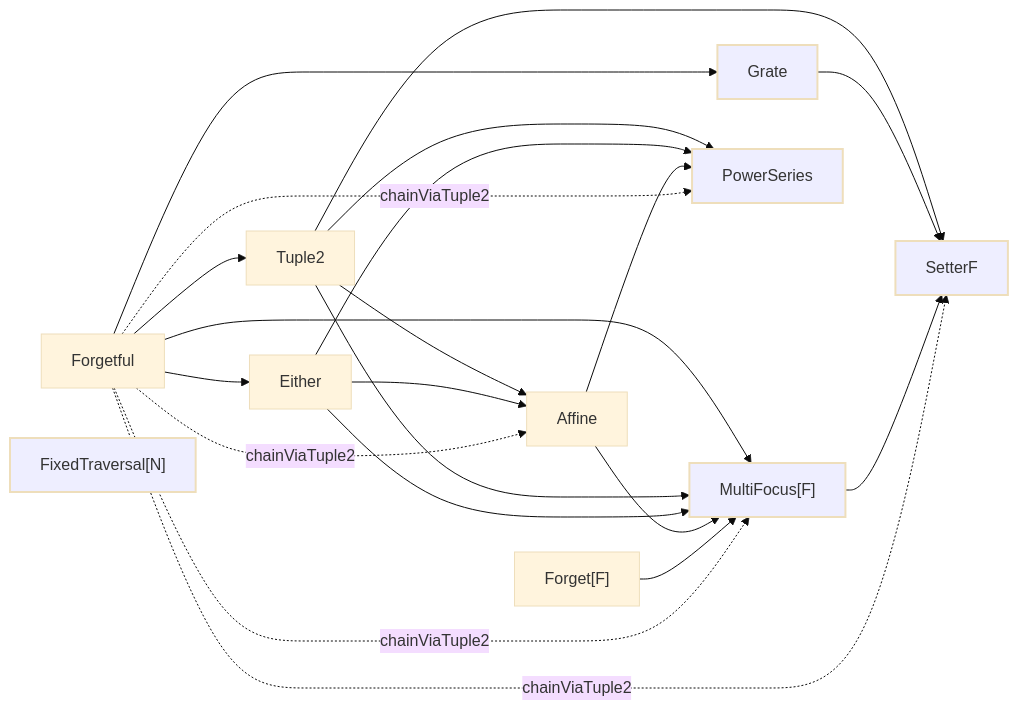
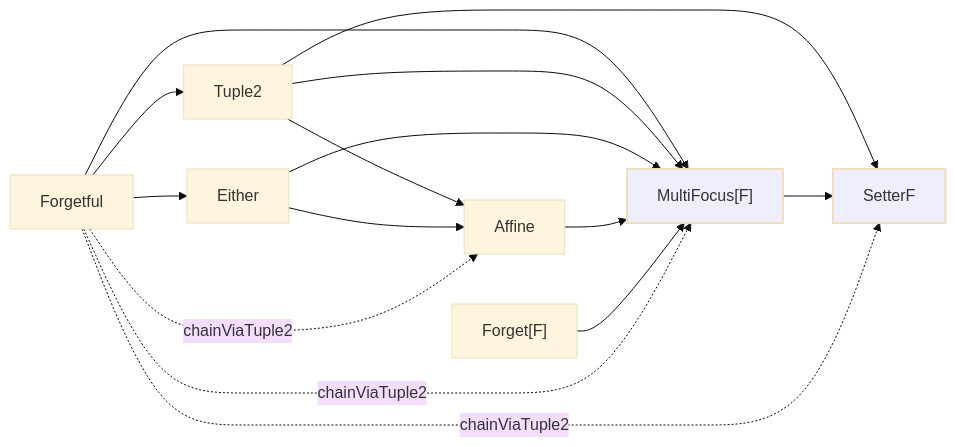
One commit to Constructive-Programming/eo changed the diagram in site/docs/concepts.md. Above: the diagram before and after it, drawn with Mermaid (base theme). The commit also changed other lines of this file and 5 other files, not shown here.

````diff
--- a/site/docs/concepts.md
+++ b/site/docs/concepts.md
@@ -179,30 +175,20 @@
 ```mermaid
 flowchart LR
   Forgetful --> Tuple2
   Forgetful --> Either
-  Forgetful --> Grate
   Forgetful --> MFocus["MultiFocus[F]"]
   Tuple2 --> Affine
   Tuple2 --> SetterF
-  Tuple2 --> PowerSeries
   Tuple2 --> MFocus
   Either --> Affine
-  Either --> PowerSeries
   Either --> MFocus
-  Affine --> PowerSeries
   Affine --> MFocus
   ForgetF["Forget[F]"] --> MFocus
-  Grate --> SetterF
   MFocus --> SetterF
   Forgetful -.->|chainViaTuple2| Affine
   Forgetful -.->|chainViaTuple2| SetterF
-  Forgetful -.->|chainViaTuple2| PowerSeries
   Forgetful -.->|chainViaTuple2| MFocus
-  FixedN["FixedTraversal[N]"]
   SetterF:::sink
   MFocus:::sink
-  Grate:::sink
-  PowerSeries:::sink
-  FixedN:::sink
   classDef sink stroke-dasharray: 0,stroke-width:2px,fill:#eef
 ```
````
